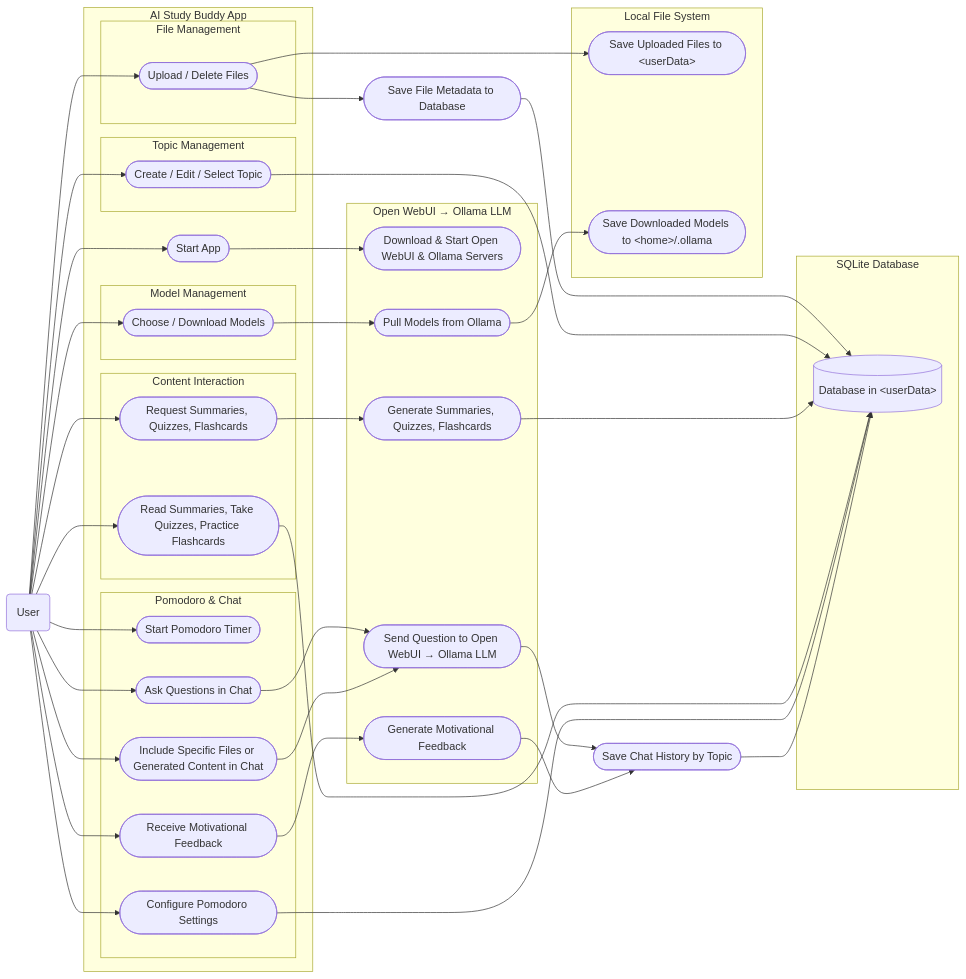
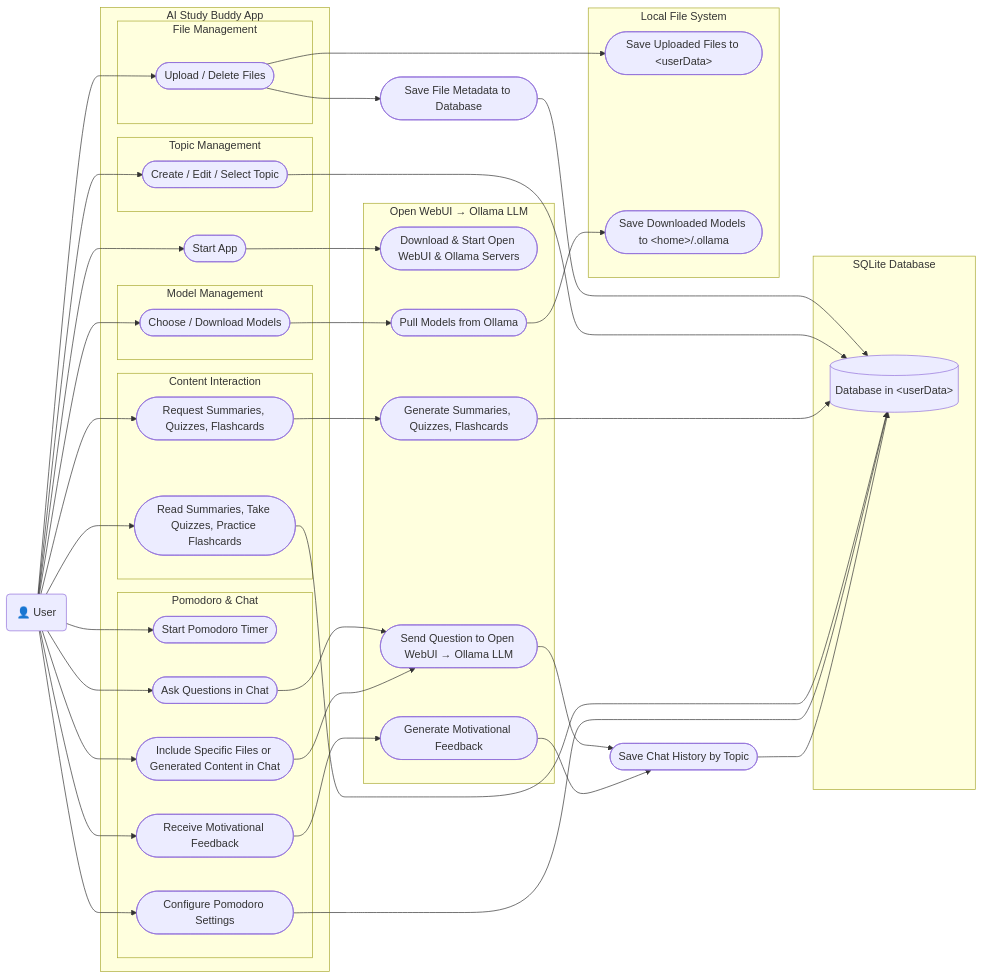
One commit to Chovin/AI-Study-Buddy changed the third of 3 diagrams in README.md. Above: the diagram before and after it, drawn with Mermaid.

Commit message:
add use emoji to use case diagram

````diff
--- a/README.md
+++ b/README.md
@@ -173,7 +173,7 @@
 ```mermaid
 flowchart LR
     %% Actor
-    User(User)
+    User(👤 User)
 
     %% System as a subgraph
     subgraph AI_Study_Buddy_App["AI Study Buddy App"]
````
